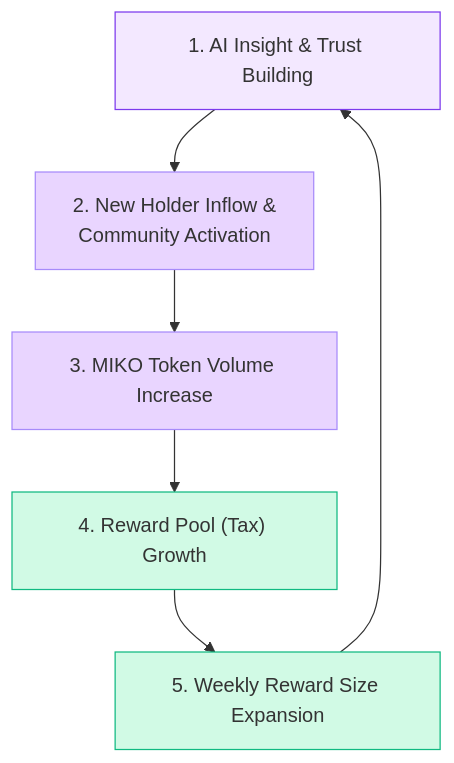
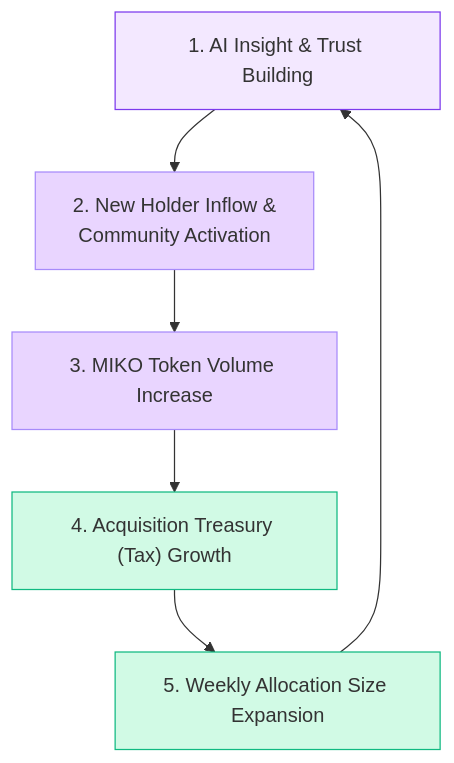
Before and after one commit to Miko-Protocol/docs: the diagram in docs/miko-protocol/symbiotic-loop-and-economics.md, drawn with Mermaid. The commit also changed other lines of this file and 5 other files, not shown here.

````diff
--- a/docs/miko-protocol/symbiotic-loop-and-economics.md
+++ b/docs/miko-protocol/symbiotic-loop-and-economics.md
@@ -9,13 +9,13 @@
 ```mermaid
 graph TD
     A["1#46; AI Insight & Trust Building"] --> B["2#46; New Holder Inflow &<br/>Community Activation"];
     B --> C["3#46; MIKO Token Volume Increase"];
-    C --> D["4#46; Reward Pool (Tax) Growth"];
-    D --> E["5#46; Weekly Reward Size Expansion"];
+    C --> D["4#46; Acquisition Treasury (Tax) Growth"];
+    D --> E["5#46; Weekly Allocation Size Expansion"];
     E --> A;
     style A fill:#f3e8ff,stroke:#7c3aed
     style B fill:#e9d5ff,stroke:#a78bfa
     style C fill:#e9d5ff,stroke:#a78bfa
     style D fill:#d1fae5,stroke:#10b981
     style E fill:#d1fae5,stroke:#10b981
 ```
````
